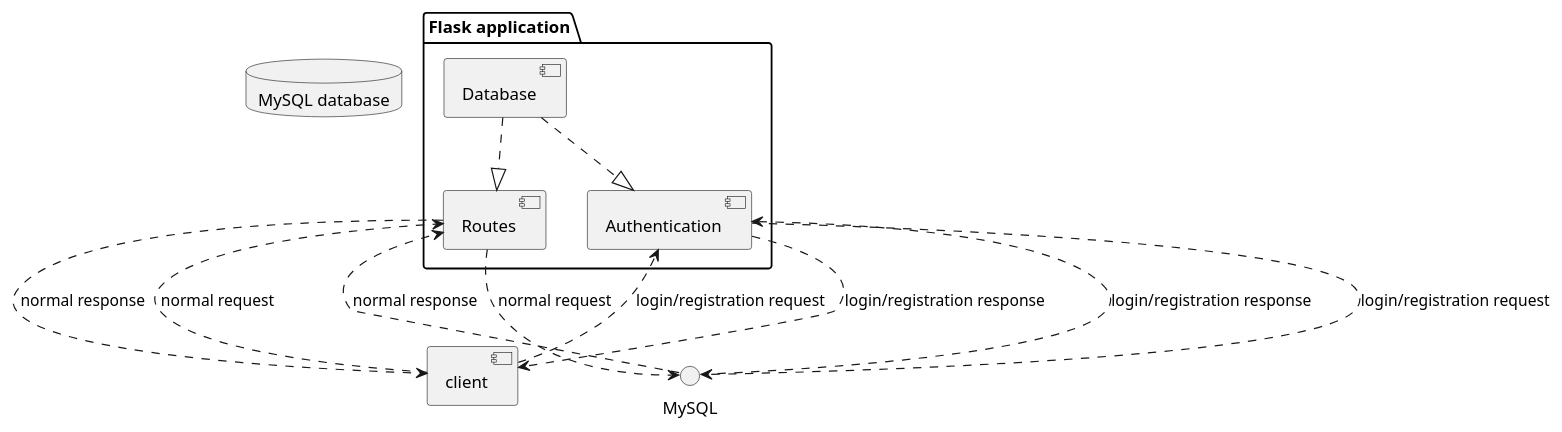
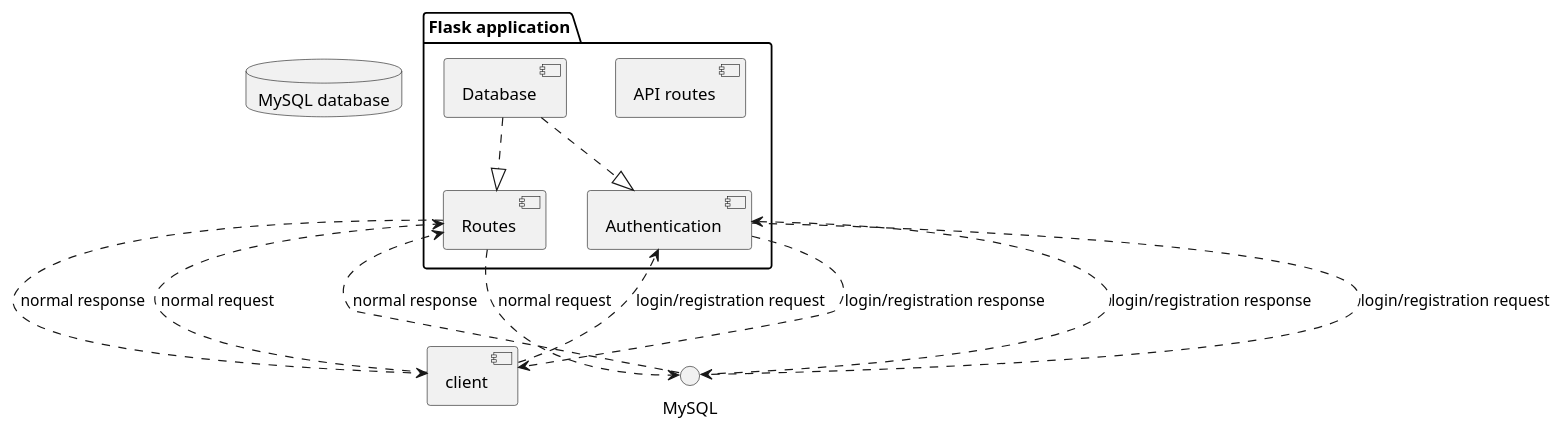
Before and after one commit to bilboque/MOOVIE_RECOMMENDER: the diagram in checkpoint2/architecture.puml, drawn with PlantUML. The commit also changed 6 other files, not shown here.

Commit message:
separating api and normal routes

```diff
--- a/checkpoint2/architecture.puml
+++ b/checkpoint2/architecture.puml
@@ -1,26 +1,28 @@
 @startuml
 
 [client]
 package "Flask application" as FA{
 	[Routes] as R
+	[API routes] as AR
 	[Authentication] as A
 	[Database] as D
 }
+
 database "MySQL database"{
 	
 }
 
 D ..|> R
 D ..|> A
 [client] ..> R : normal request
 R ..> MySQL : normal request
 MySQL ..> R : normal response
 R ..> [client] : normal response
 
 [client] ..> A : login/registration request
 A ..> MySQL : login/registration request
 MySQL ..> A : login/registration response
 A ..> [client] : login/registration response
 
 
 @enduml
```
